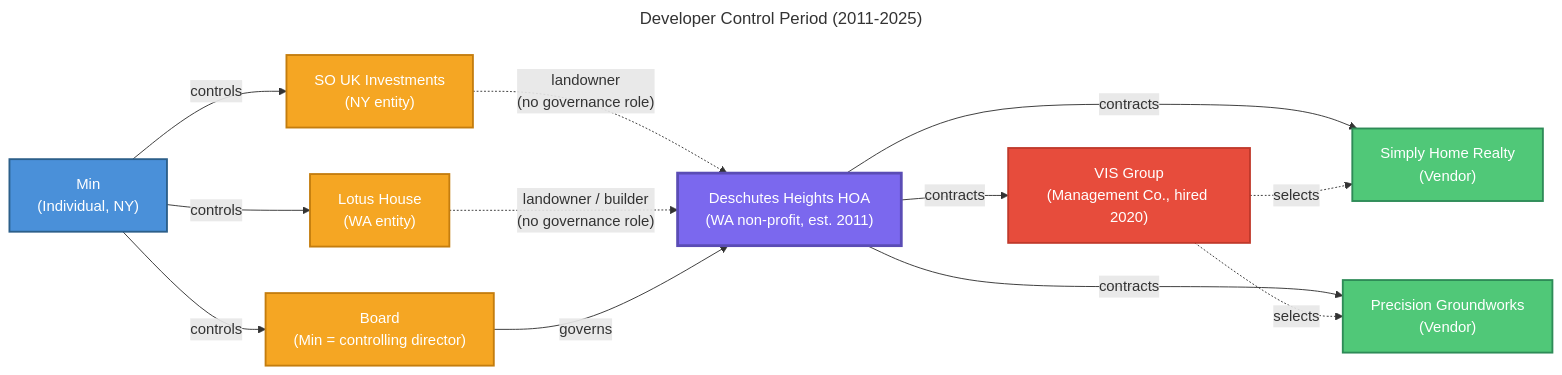
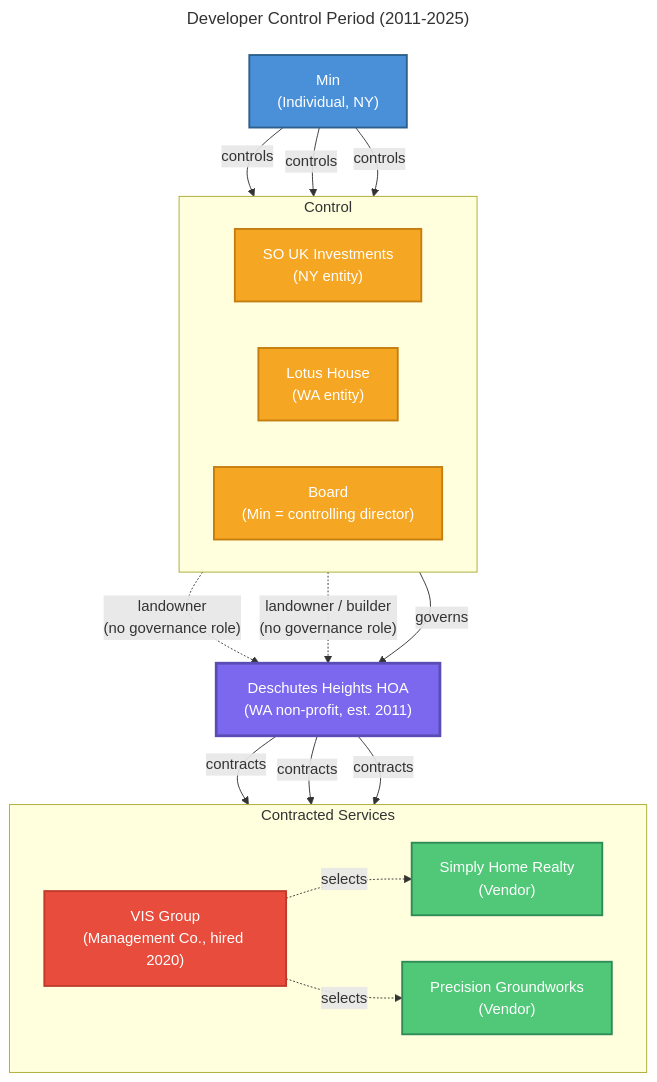
Before and after one commit to chadkirby/treasurer-reports: the diagram in public/sources/relationships-developer.mermaid, drawn with Mermaid. The commit also changed 4 other files, not shown here.

Commit message:
bumped Mermaid font size and re‑laid out all three diagrams vertically

```diff
--- a/public/sources/relationships-developer.mermaid
+++ b/public/sources/relationships-developer.mermaid
@@ -1,35 +1,43 @@
 ---
 title: "Developer Control Period (2011-2025)"
 ---
-graph LR
+graph TB
   classDef person fill:#4A90D9,color:#fff,stroke:#2C5F8A,stroke-width:2px
   classDef entity fill:#F5A623,color:#fff,stroke:#C47D0E,stroke-width:2px
   classDef hoa fill:#7B68EE,color:#fff,stroke:#5A4CB5,stroke-width:3px
   classDef vendor fill:#50C878,color:#fff,stroke:#2E8B57,stroke-width:2px
   classDef mgmt fill:#E74C3C,color:#fff,stroke:#C0392B,stroke-width:2px
 
-  Min_D["Min\n(Individual, NY)"]:::person
-  SOUK_D["SO UK Investments\n(NY entity)"]:::entity
-  Lotus_D["Lotus House\n(WA entity)"]:::entity
-  Board_D["Board\n(Min = controlling director)"]:::entity
-  HOA_D["Deschutes Heights HOA\n(WA non-profit, est. 2011)"]:::hoa
+  Min_D["Min<br/>(Individual, NY)"]:::person
 
-  VIS_D["VIS Group\n(Management Co., hired 2020)"]:::mgmt
-  SHR_D["Simply Home Realty\n(Vendor)"]:::vendor
-  PG_D["Precision Groundworks\n(Vendor)"]:::vendor
+  subgraph DEV_CONTROLS ["Control"]
+    direction LR
+    SOUK_D["SO UK Investments<br/>(NY entity)"]:::entity
+    Lotus_D["Lotus House<br/>(WA entity)"]:::entity
+    Board_D["Board<br/>(Min = controlling director)"]:::entity
+  end
+
+  HOA_D["Deschutes Heights HOA<br/>(WA non-profit, est. 2011)"]:::hoa
+
+  subgraph VENDORS ["Contracted Services"]
+    direction LR
+    VIS_D["VIS Group<br/>(Management Co., hired 2020)"]:::mgmt
+    SHR_D["Simply Home Realty<br/>(Vendor)"]:::vendor
+    PG_D["Precision Groundworks<br/>(Vendor)"]:::vendor
+  end
 
   Min_D -- "controls" --> SOUK_D
   Min_D -- "controls" --> Lotus_D
   Min_D -- "controls" --> Board_D
 
-  SOUK_D -. "landowner\n(no governance role)" .-> HOA_D
-  Lotus_D -. "landowner / builder\n(no governance role)" .-> HOA_D
+  SOUK_D -. "landowner<br/>(no governance role)" .-> HOA_D
+  Lotus_D -. "landowner / builder<br/>(no governance role)" .-> HOA_D
 
   Board_D -- "governs" --> HOA_D
 
   HOA_D -- "contracts" --> VIS_D
   HOA_D -- "contracts" --> SHR_D
   HOA_D -- "contracts" --> PG_D
 
   VIS_D -. "selects" .-> SHR_D
   VIS_D -. "selects" .-> PG_D
```
